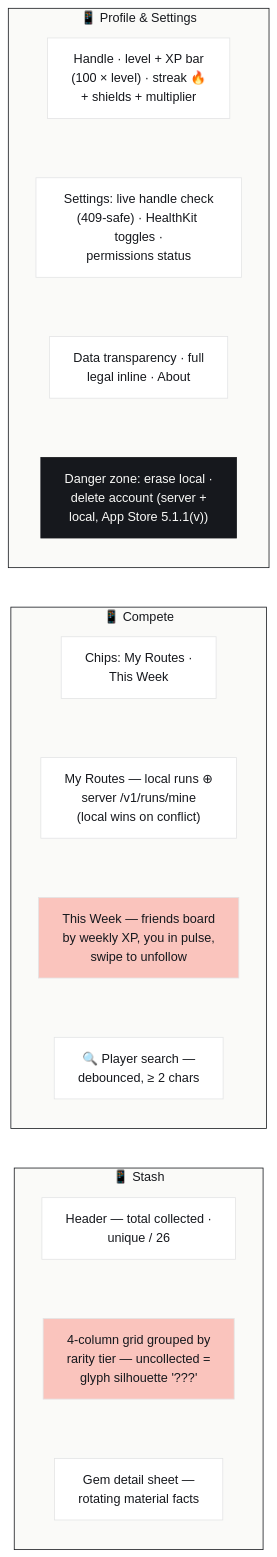
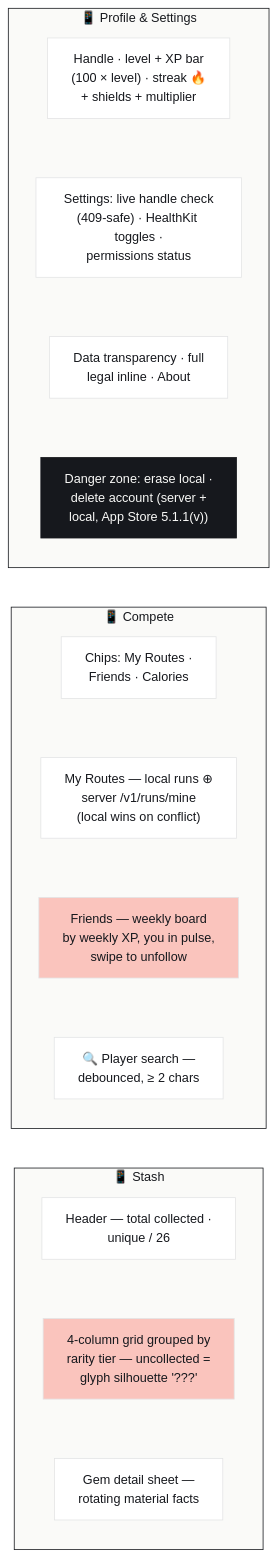
One commit to Ifthikar20/project-gr changed diagram 11 of 17 in docs/16-architecture-deep-dive.md. Above: the diagram before and after it, drawn with Mermaid. The commit also changed 4 other files, not shown here.

First line of the commit message:
Rename the Compete "This Week" chip to "Friends"

````diff
--- a/docs/16-architecture-deep-dive.md
+++ b/docs/16-architecture-deep-dive.md
@@ -436,32 +436,32 @@
 ```mermaid
 flowchart LR
     subgraph STASH["📱 Stash"]
         direction TB
         SA["Header — total collected ·<br/>unique / 26"]:::card
         SB["4-column grid grouped by<br/>rarity tier — uncollected =<br/>glyph silhouette '???'"]:::map
         SC["Gem detail sheet —<br/>rotating material facts"]:::card
         SA ~~~ SB ~~~ SC
     end
     subgraph COMP["📱 Compete"]
         direction TB
-        CA["Chips: My Routes ·<br/>This Week"]:::card
+        CA["Chips: My Routes ·<br/>Friends · Calories"]:::card
         CB["My Routes — local runs ⊕<br/>server /v1/runs/mine<br/>(local wins on conflict)"]:::card
-        CC["This Week — friends board<br/>by weekly XP, you in pulse,<br/>swipe to unfollow"]:::map
+        CC["Friends — weekly board<br/>by weekly XP, you in pulse,<br/>swipe to unfollow"]:::map
         CD["🔍 Player search —<br/>debounced, ≥ 2 chars"]:::card
         CA ~~~ CB ~~~ CC ~~~ CD
     end
     subgraph PROF["📱 Profile & Settings"]
         direction TB
         PA["Handle · level + XP bar<br/>(100 × level) · streak 🔥<br/>+ shields + multiplier"]:::card
         PB["Settings: live handle check<br/>(409-safe) · HealthKit toggles ·<br/>permissions status"]:::card
         PC["Data transparency · full<br/>legal inline · About"]:::card
         PD["Danger zone: erase local ·<br/>delete account (server +<br/>local, App Store 5.1.1(v))"]:::ink
         PA ~~~ PB ~~~ PC ~~~ PD
     end
     classDef card fill:#FFFFFF,stroke:#E3E4E5,color:#16181D
     classDef map fill:#FAC4BD,stroke:#E3E4E5,color:#16181D
     classDef ink fill:#16181D,stroke:#16181D,color:#FAFAF8
     style STASH fill:#FAFAF8,stroke:#16181D,color:#16181D
     style COMP fill:#FAFAF8,stroke:#16181D,color:#16181D
     style PROF fill:#FAFAF8,stroke:#16181D,color:#16181D
 ```
````
